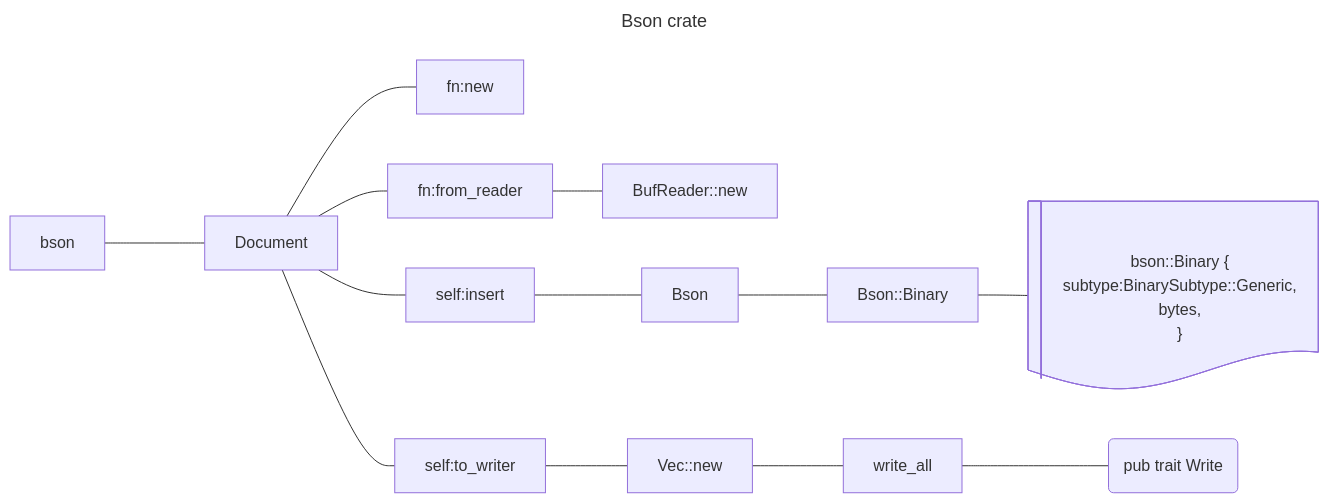
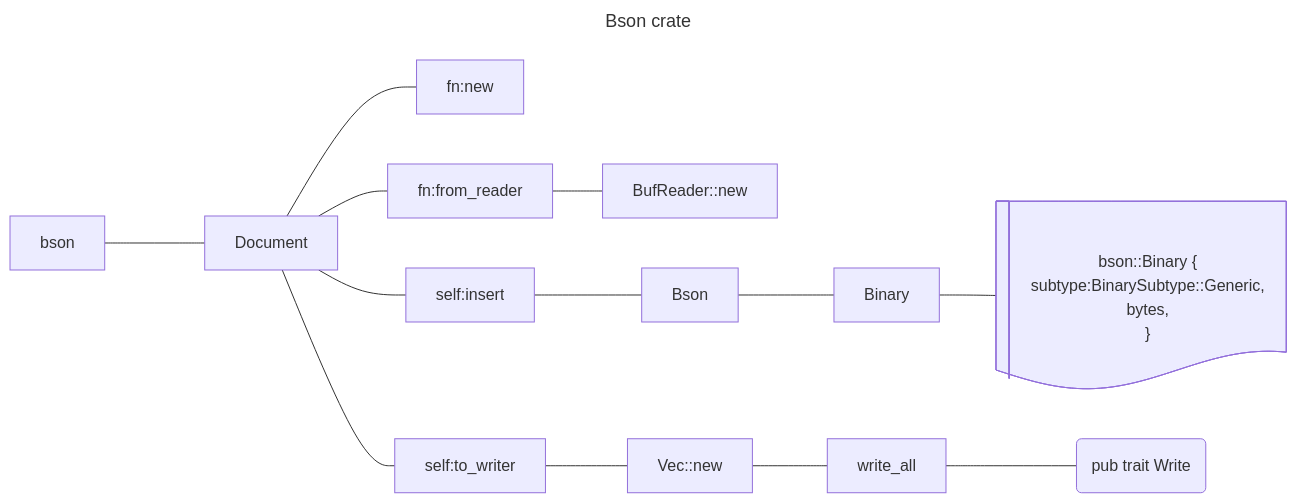
The second of 2 diagrams in markdowns/notes/bson-todos.md (softtiny/docs.bita), drawn with Mermaid before and after one commit.

Commit message:
:construction: Work in progress.

````diff
--- a/markdowns/notes/bson-todos.md
+++ b/markdowns/notes/bson-todos.md
@@ -16,18 +16,19 @@
 ```mermaid
 ---
 title: Bson crate
 ---
 
 flowchart LR
     bin_struct@{ shape: lin-doc, label: "
         bson::Binary {
             subtype:BinarySubtype::Generic,
             bytes,
         } 
     " }
     bson ---- Document
     Document --- fn:new
     Document --- fn:from_reader --- BufReader::new
-    Document --- self:insert --- Bson --- Bson::Binary  --- bin_struct
+    Document --- self:insert --- Bson --- Binary  --- bin_struct
+
     Document --- self:to_writer --- Vec::new --- write_all --- write(pub trait Write)
 ```
````
